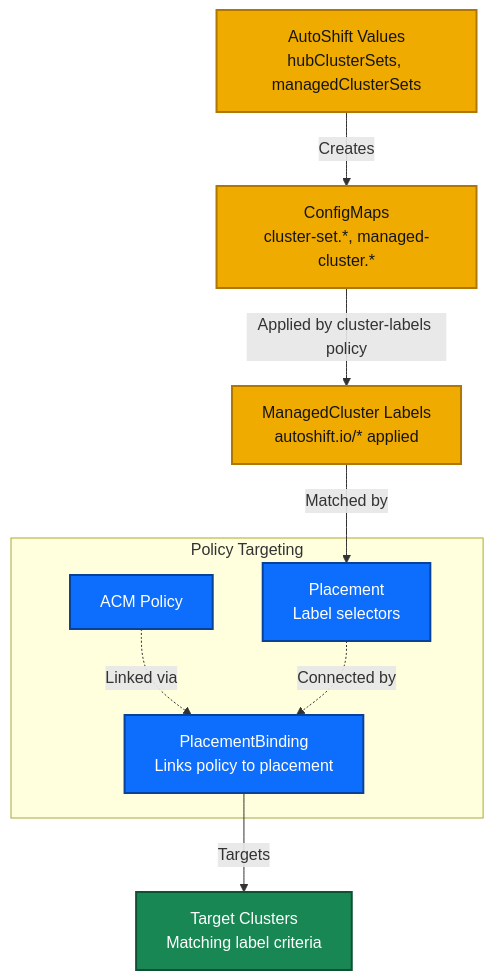
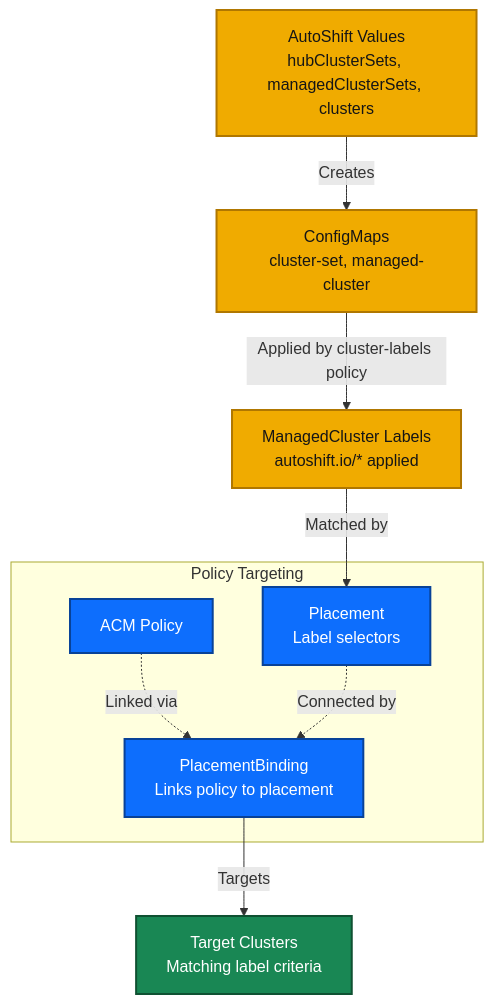
The third of 4 diagrams in README-DEVELOPER.md (auto-shift/autoshiftv2), drawn with Mermaid before and after one commit. The commit also changed 40 other files, not shown here.

````diff
--- a/README-DEVELOPER.md
+++ b/README-DEVELOPER.md
@@ -95,29 +95,29 @@
 ```mermaid
 flowchart TD
-    Values[AutoShift Values<br/>hubClusterSets, managedClusterSets]
-    ConfigMaps[ConfigMaps<br/>cluster-set.*, managed-cluster.*]
+    Values[AutoShift Values<br/>hubClusterSets, managedClusterSets, clusters]
+    ConfigMaps[ConfigMaps<br/>cluster-set, managed-cluster]
     ClusterLabels[ManagedCluster Labels<br/>autoshift.io/* applied]
 
     subgraph Targeting [Policy Targeting]
         Policy[ACM Policy]
         Placement[Placement<br/>Label selectors]
         Binding[PlacementBinding<br/>Links policy to placement]
     end
 
     Clusters[Target Clusters<br/>Matching label criteria]
 
     Values -->|Creates| ConfigMaps
     ConfigMaps -->|Applied by cluster-labels policy| ClusterLabels
     ClusterLabels -->|Matched by| Placement
     Policy -.->|Linked via| Binding
     Placement -.->|Connected by| Binding
     Binding -->|Targets| Clusters
 
     classDef config fill:#f0ab00,stroke:#b07700,stroke-width:2px,color:#151515
     classDef policy fill:#0d6efd,stroke:#084298,stroke-width:2px,color:#ffffff
     classDef target fill:#198754,stroke:#0f5132,stroke-width:2px,color:#ffffff
 
     class Values,ConfigMaps,ClusterLabels config
     class Policy,Placement,Binding policy
     class Clusters target
 ```
````
